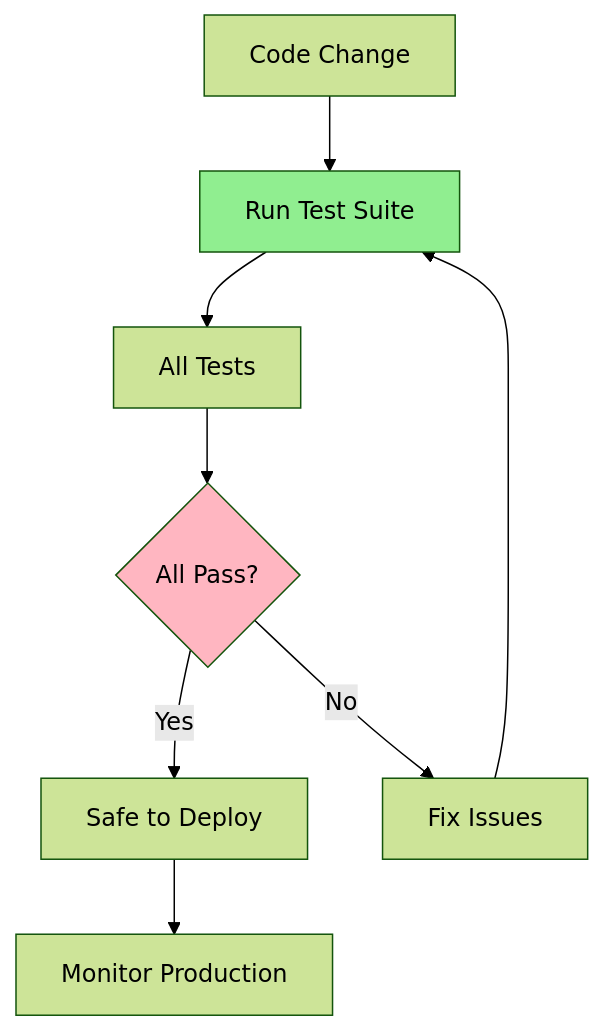
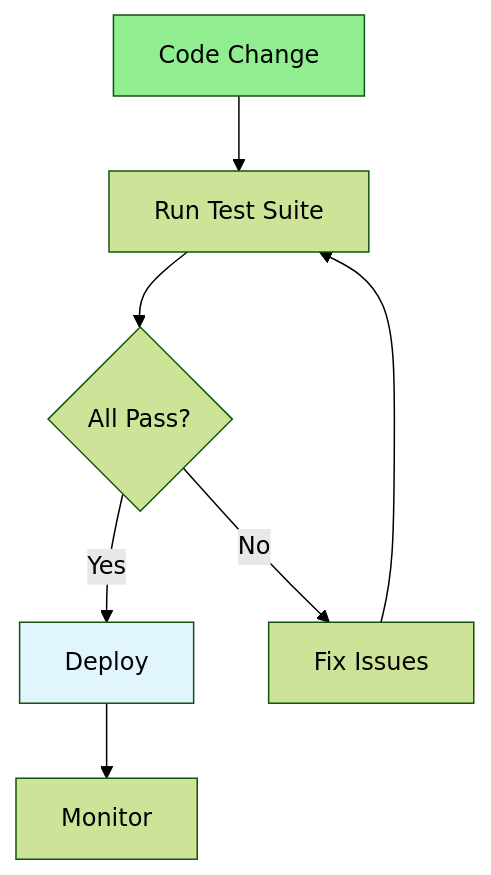
The diagram in Full-Stack-Guides/Group-07-Unit-Test-Debug/07.13_Regression_Testing.md (iouthnamain/tech-note), drawn with Mermaid (forest theme) before and after one commit. The commit also changed other lines of this file and 480 other files, not shown here.

````diff
--- a/Full-Stack-Guides/Group-07-Unit-Test-Debug/07.13_Regression_Testing.md
+++ b/Full-Stack-Guides/Group-07-Unit-Test-Debug/07.13_Regression_Testing.md
@@ -22,14 +22,12 @@
 ```mermaid
 flowchart TD
     Change[Code Change] --> Run[Run Test Suite]
-    Run --> AllTests[All Tests]
-    AllTests --> Pass{All Pass?}
-    Pass -->|Yes| Deploy[Safe to Deploy]
+    Run --> Pass{All Pass?}
+    Pass -->|Yes| Deploy[Deploy]
     Pass -->|No| Fix[Fix Issues]
     Fix --> Run
+    Deploy --> Monitor[Monitor]
     
-    Deploy --> Monitor[Monitor Production]
-    
-    style Run fill:#90EE90
-    style Pass fill:#FFB6C1
+    style Change fill:#90EE90
+    style Deploy fill:#e1f5ff
 ```
````
